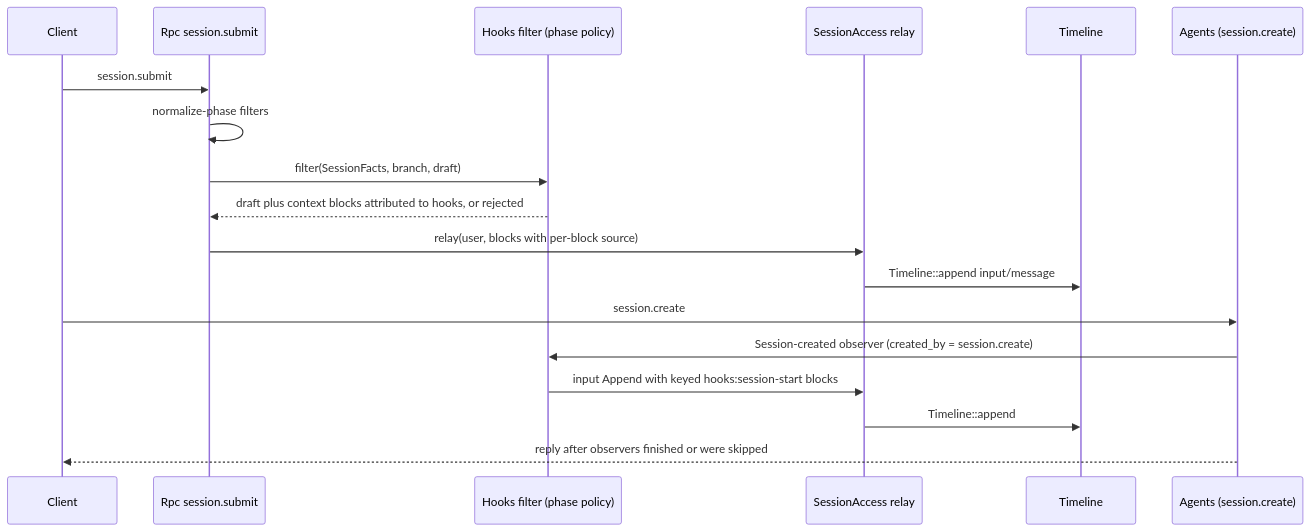
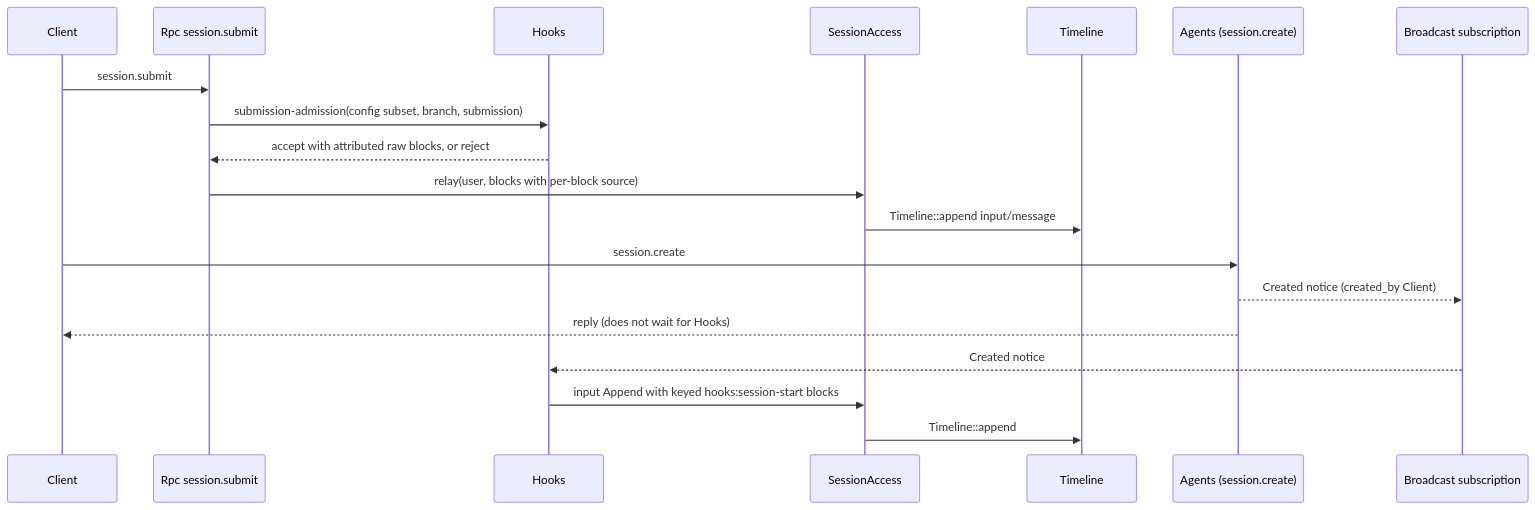
One commit to CoutinhoTTS/dim-agent changed the fourth of 6 diagrams in docs/design/plugins/Hooks.md. Above: the diagram before and after it, drawn with Mermaid. The commit also changed other lines of this file and 3 other files, not shown here.

Commit message:
docs(design): simplify SessionTitle, Notifications, Hooks and Scheduler designs

````diff
--- a/docs/design/plugins/Hooks.md
+++ b/docs/design/plugins/Hooks.md
@@ -102,20 +100,21 @@
 ```mermaid
 sequenceDiagram
   participant C as Client
   participant RPC as Rpc session.submit
-  participant HK as Hooks filter (phase policy)
-  participant SA as SessionAccess relay
+  participant HK as Hooks
+  participant SA as SessionAccess
   participant TL as Timeline
   participant AG as Agents (session.create)
+  participant SB as Broadcast subscription
   C->>RPC: session.submit
-  RPC->>RPC: normalize-phase filters
-  RPC->>HK: filter(SessionFacts, branch, draft)
-  HK-->>RPC: draft plus context blocks attributed to hooks, or rejected
+  RPC->>HK: submission-admission(config subset, branch, submission)
+  HK-->>RPC: accept with attributed raw blocks, or reject
   RPC->>SA: relay(user, blocks with per-block source)
   SA->>TL: Timeline::append input/message
   C->>AG: session.create
-  AG->>HK: Session-created observer (created_by = session.create)
+  AG-->>SB: Created notice (created_by Client)
+  AG-->>C: reply (does not wait for Hooks)
+  SB-->>HK: Created notice
   HK->>SA: input Append with keyed hooks:session-start blocks
   SA->>TL: Timeline::append
-  AG-->>C: reply after observers finished or were skipped
 ```
````
